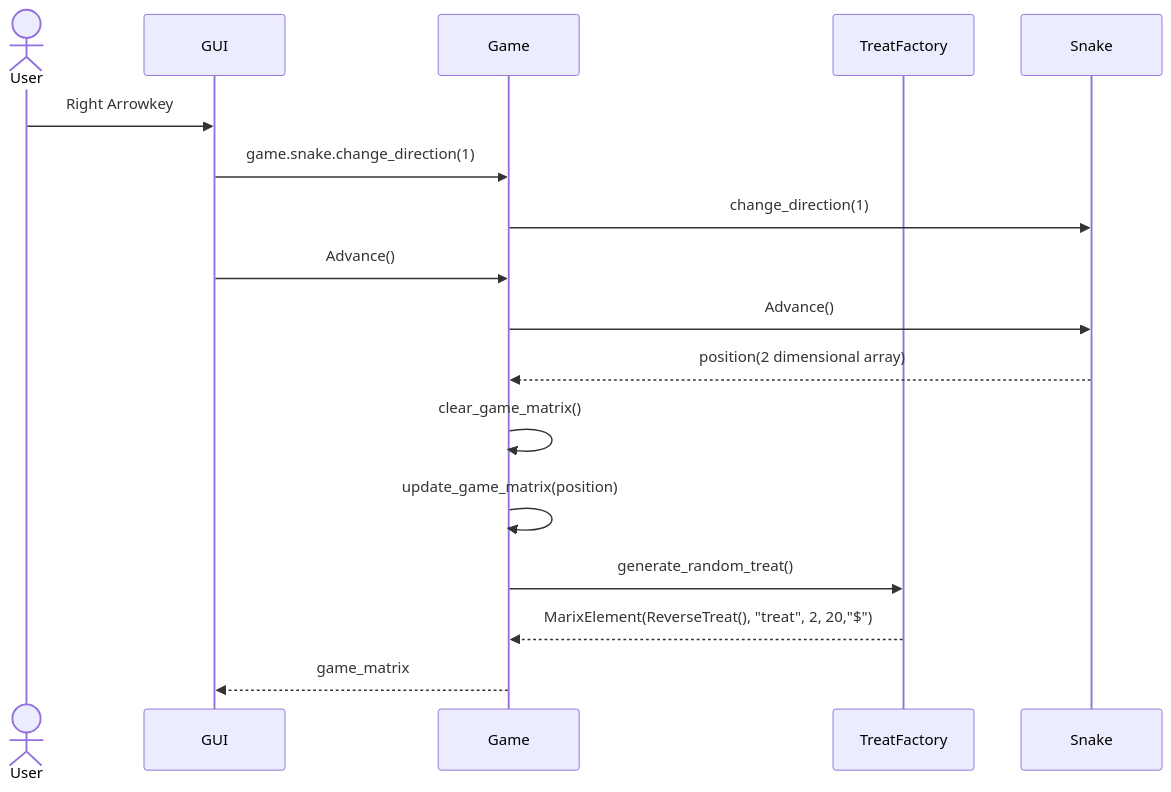
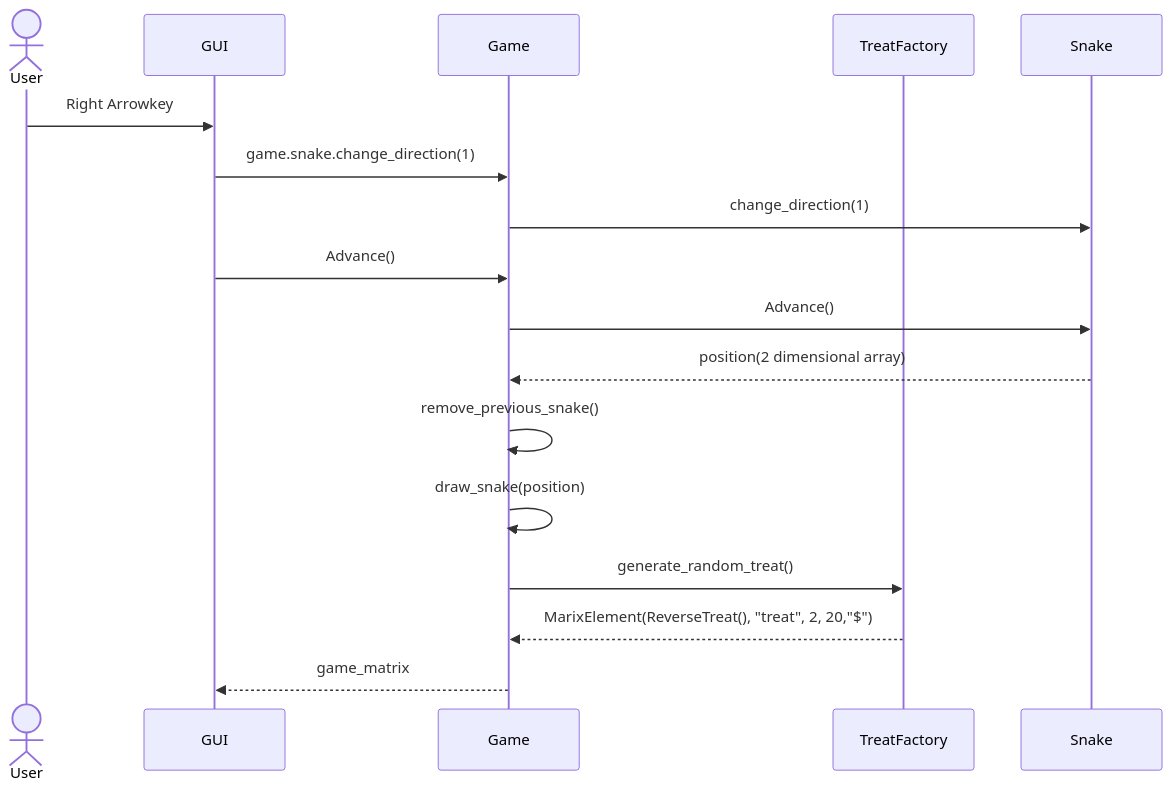
Before and after one commit to SuperTLP/ot-harjoitustyo: the first of 2 diagrams in dokumentaatio/arkkitehtuuri.md, drawn with Mermaid. The commit also changed other lines of this file, not shown here.

````diff
--- a/dokumentaatio/arkkitehtuuri.md
+++ b/dokumentaatio/arkkitehtuuri.md
@@ -63,20 +62,20 @@
 ```mermaid
 sequenceDiagram
   actor User
   participant GUI
   participant Game
   participant TreatFactory
   participant Snake
   
   User->>GUI:Right Arrowkey
   GUI->>Game:game.snake.change_direction(1)
   Game->>Snake:change_direction(1)
   GUI->>Game:Advance()
   Game->>Snake:Advance()
   Snake-->>Game:position(2 dimensional array)
-  Game->>Game:clear_game_matrix()
-  Game->>Game:update_game_matrix(position)
+  Game->>Game:remove_previous_snake()
+  Game->>Game:draw_snake(position)
   Game->>TreatFactory:generate_random_treat()
   TreatFactory-->>Game:MarixElement(ReverseTreat(), "treat", 2, 20,"$")
   Game-->>GUI:game_matrix
   ```
````
